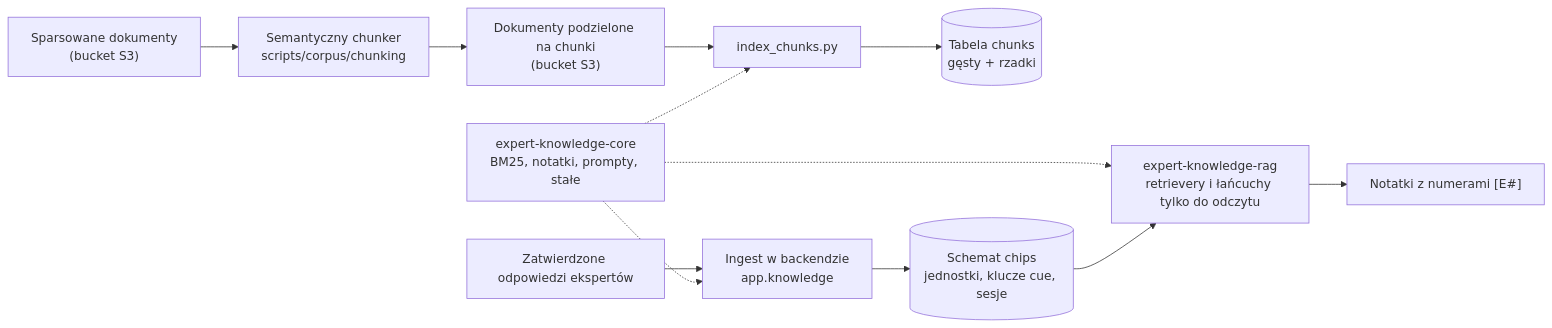
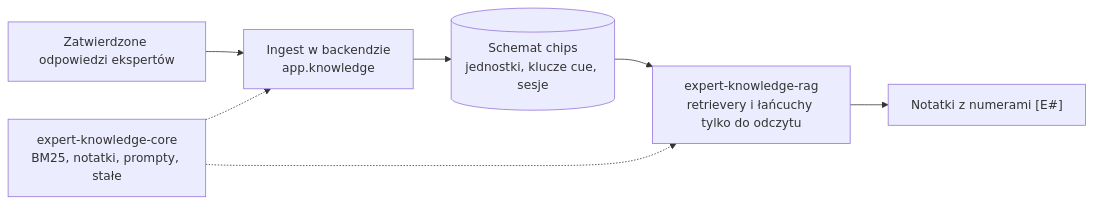
The diagram in docs/pl/explanation/retrieval-and-indexing.md (LepsyMikolaj3301/adhd-expert-knowledge-elicitation-system), drawn with Mermaid before and after one commit. The commit also changed other lines of this file and 18 other files, not shown here.

Commit message:
Docs: refresh the pages touched by the scripts cleanup (architecture, retrieval, runtime, tutorial, index, how-to; Polish translations), drop the chunking page, devcontainer ports and CI comment

````diff
--- a/docs/pl/explanation/retrieval-and-indexing.md
+++ b/docs/pl/explanation/retrieval-and-indexing.md
@@ -14,17 +14,11 @@
 ```mermaid
 flowchart LR
-  parsed["Sparsowane dokumenty<br/>(bucket S3)"] --> chunker["Semantyczny chunker<br/>scripts/corpus/chunking"]
-  chunker --> chunked["Dokumenty podzielone na chunki<br/>(bucket S3)"]
-  chunked --> indexer["index_chunks.py"]
-  indexer --> chunksTable[("Tabela chunks<br/>gęsty + rzadki")]
-
   answers["Zatwierdzone odpowiedzi ekspertów"] --> ingest["Ingest w backendzie<br/>app.knowledge"]
   ingest --> chips[("Schemat chips<br/>jednostki, klucze cue, sesje")]
 
   core["expert-knowledge-core<br/>BM25, notatki, prompty, stałe"]
-  core -.-> indexer
   core -.-> ingest
   core -.-> rag["expert-knowledge-rag<br/>retrievery i łańcuchy tylko do odczytu"]
   chips --> rag
   rag --> notes["Notatki z numerami [E#]"]
 ```
````
